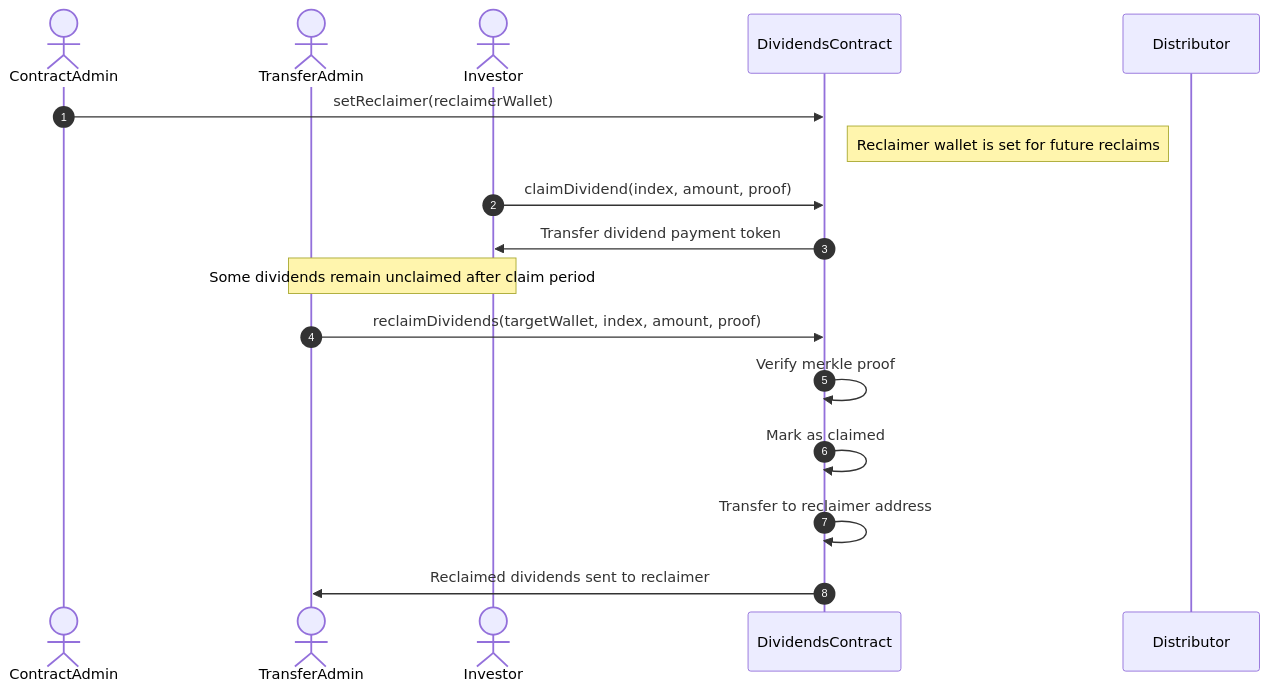
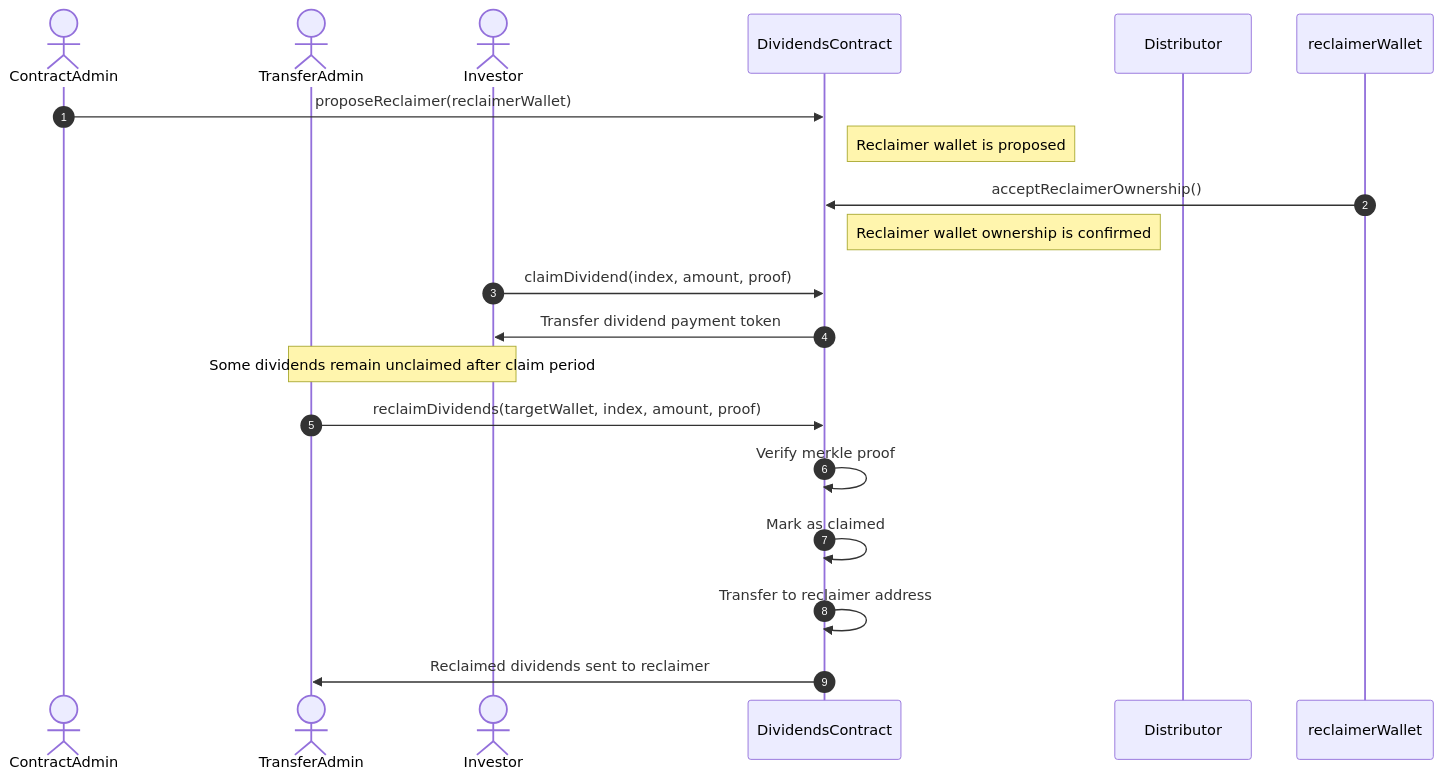
One commit to upsideos/upsideos-solana-rwa changed the seventh of 7 diagrams in README.md. Above: the diagram before and after it, drawn with Mermaid. The commit also changed other lines of this file and 11 other files, not shown here.

First line of the commit message:
[FIND-002] Reclaimer Wallet Ownership Transfer Lacks 2-Step Process (#56)

````diff
--- a/README.md
+++ b/README.md
@@ -1198,24 +1222,26 @@
 ```mermaid
 sequenceDiagram
     autonumber
     actor CA as ContractAdmin
     actor TA as TransferAdmin
     actor Investor
 
     participant DividendsContract
     participant Distributor
 
-    CA ->> DividendsContract: setReclaimer(reclaimerWallet)
-    Note right of DividendsContract: Reclaimer wallet is set for future reclaims
+    CA ->> DividendsContract: proposeReclaimer(reclaimerWallet)
+    Note right of DividendsContract: Reclaimer wallet is proposed
+    reclaimerWallet ->> DividendsContract: acceptReclaimerOwnership()
+    Note right of DividendsContract: Reclaimer wallet ownership is confirmed
 
     Investor ->> DividendsContract: claimDividend(index, amount, proof)
     DividendsContract ->> Investor: Transfer dividend payment token
 
     Note over Investor,TA: Some dividends remain unclaimed after claim period
 
     TA ->> DividendsContract: reclaimDividends(targetWallet, index, amount, proof)
     DividendsContract ->> DividendsContract: Verify merkle proof
     DividendsContract ->> DividendsContract: Mark as claimed
     DividendsContract ->> DividendsContract: Transfer to reclaimer address
     DividendsContract ->> TA: Reclaimed dividends sent to reclaimer
 ```
````
